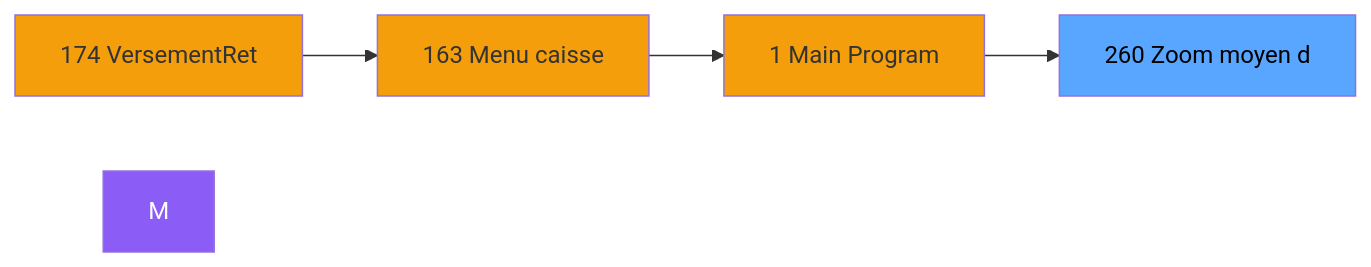
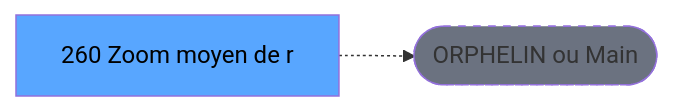
The second of 3 diagrams in .openspec/renders/ADH-IDE-260.md (thonyAGP/lecteur-magic), drawn with Mermaid before and after one commit. The commit also changed other lines of this file and 701 other files, not shown here.

````diff
--- a/.openspec/renders/ADH-IDE-260.md
+++ b/.openspec/renders/ADH-IDE-260.md
@@ -114,15 +117,8 @@
 ```mermaid
 graph LR
-    N174[174 VersementRet]
-    N163[163 Menu caisse ]
-    N1[1 Main Program]
-    T[260 Zoom moyen d]
-    N174 --> N163
-    N163 --> N1
-    N1 --> T
-    style M fill:#8b5cf6,color:#fff
-    style N174 fill:#f59e0b
-    style N163 fill:#f59e0b
-    style N1 fill:#f59e0b
+    T[260 Zoom moyen de r]
+    ORPHAN([ORPHELIN ou Main])
+    T -.-> ORPHAN
     style T fill:#58a6ff,color:#000
+    style ORPHAN fill:#6b7280,stroke-dasharray: 5 5
 ```
````
